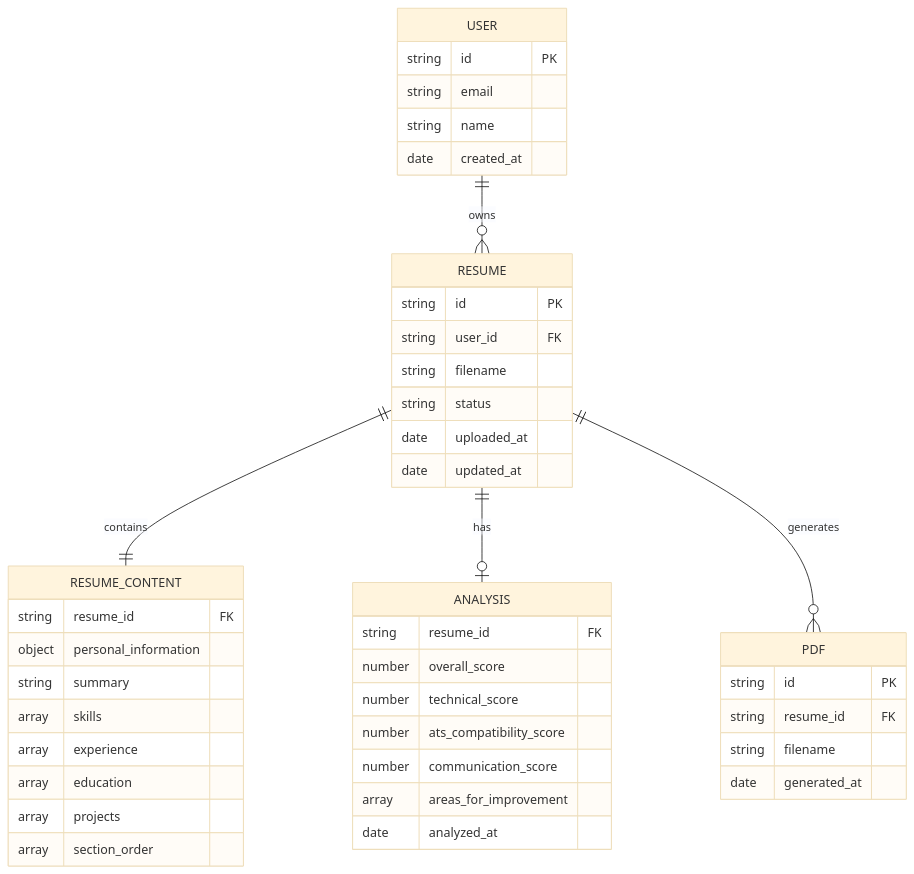
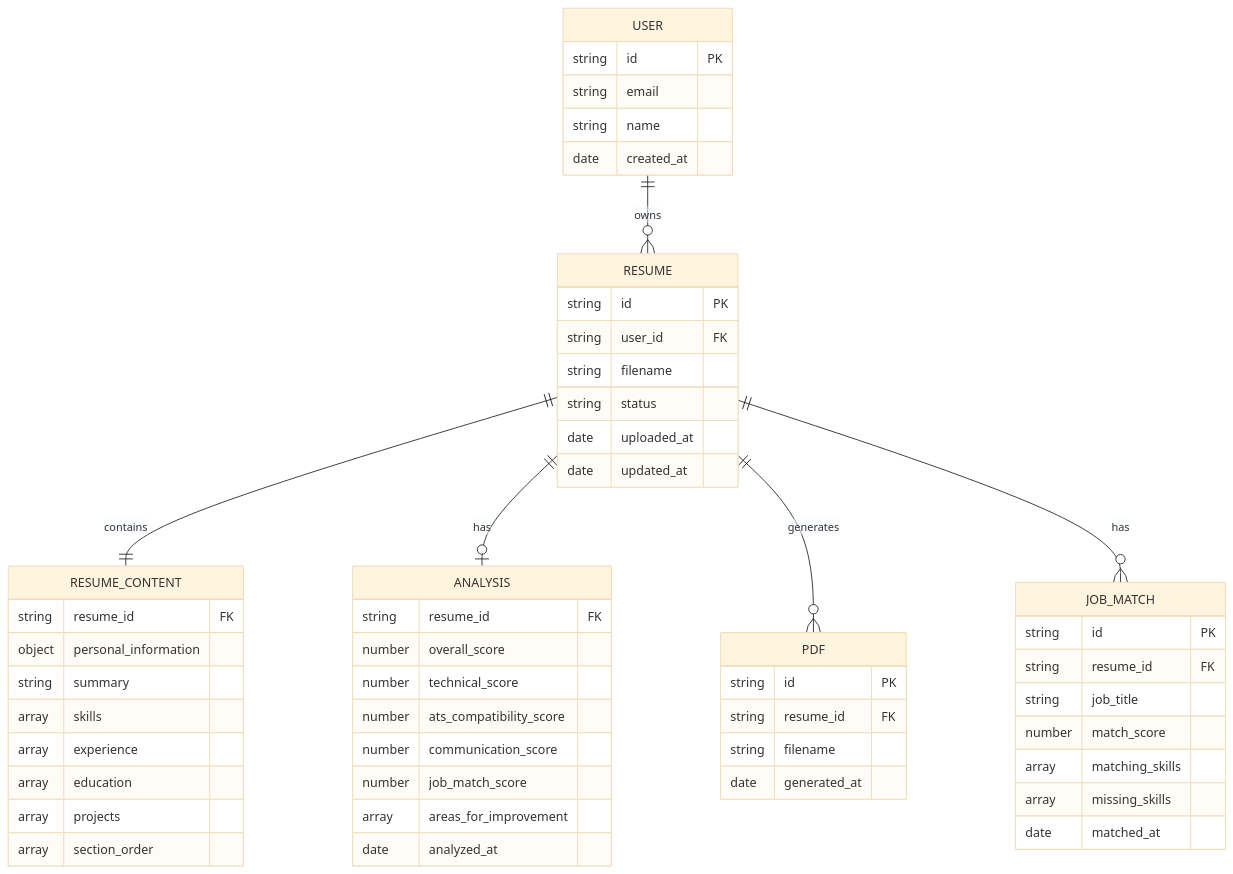
One commit to QiushiZhou/resumeAPI changed diagram 11 of 12 in project_flow_diagram.md. Above: the diagram before and after it, drawn with Mermaid (base theme). The commit also changed other lines of this file and 3 other files, not shown here.

Commit message:
feat: update project flow diagram with API documentation and add job search page

````diff
--- a/project_flow_diagram.md
+++ b/project_flow_diagram.md
@@ -261,51 +423,63 @@
 ```mermaid
 erDiagram
     USER ||--o{ RESUME : owns
     RESUME ||--|| RESUME_CONTENT : contains
     RESUME ||--o| ANALYSIS : has
     RESUME ||--o{ PDF : generates
+    RESUME ||--o{ JOB_MATCH : has
     
     USER {
         string id PK
         string email
         string name
         date created_at
     }
     
     RESUME {
         string id PK
         string user_id FK
         string filename
         string status
         date uploaded_at
         date updated_at
     }
     
     RESUME_CONTENT {
         string resume_id FK
         object personal_information
         string summary
         array skills
         array experience
         array education
         array projects
         array section_order
     }
     
     ANALYSIS {
         string resume_id FK
         number overall_score
         number technical_score
         number ats_compatibility_score
         number communication_score
+        number job_match_score
         array areas_for_improvement
         date analyzed_at
     }
     
     PDF {
         string id PK
         string resume_id FK
         string filename
         date generated_at
     }
+    
+    JOB_MATCH {
+        string id PK
+        string resume_id FK
+        string job_title
+        number match_score
+        array matching_skills
+        array missing_skills
+        date matched_at
+    }
 ```
````
